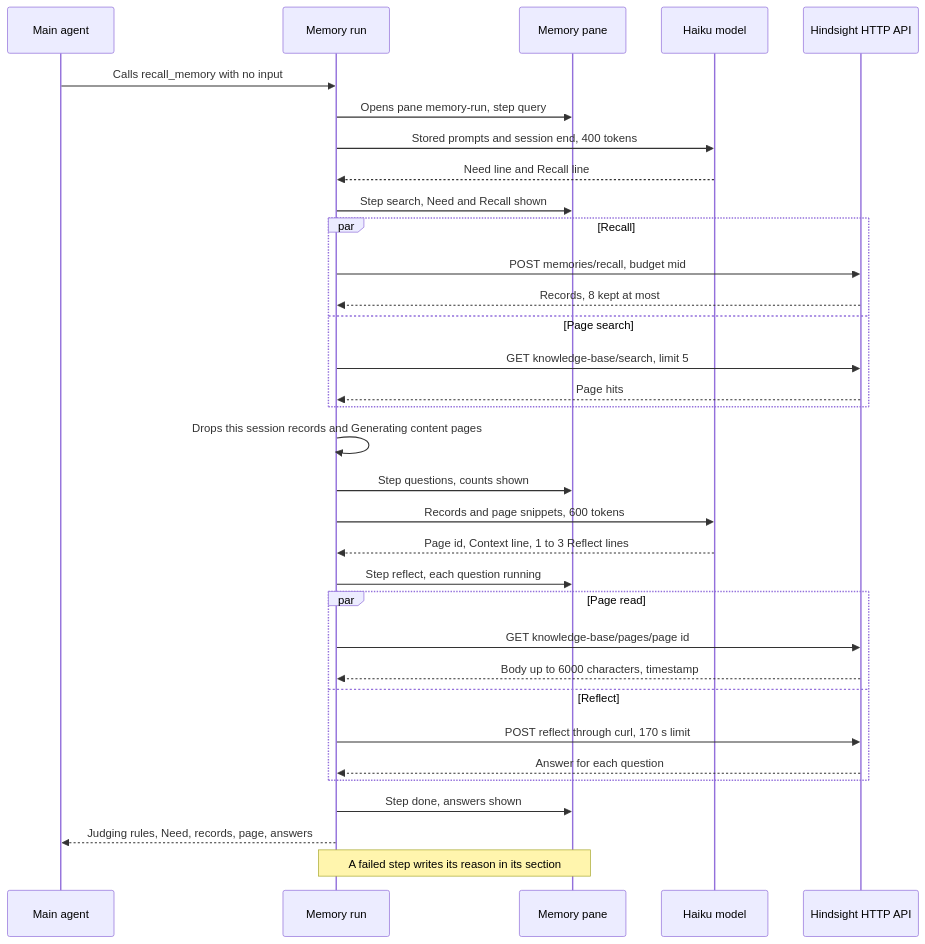
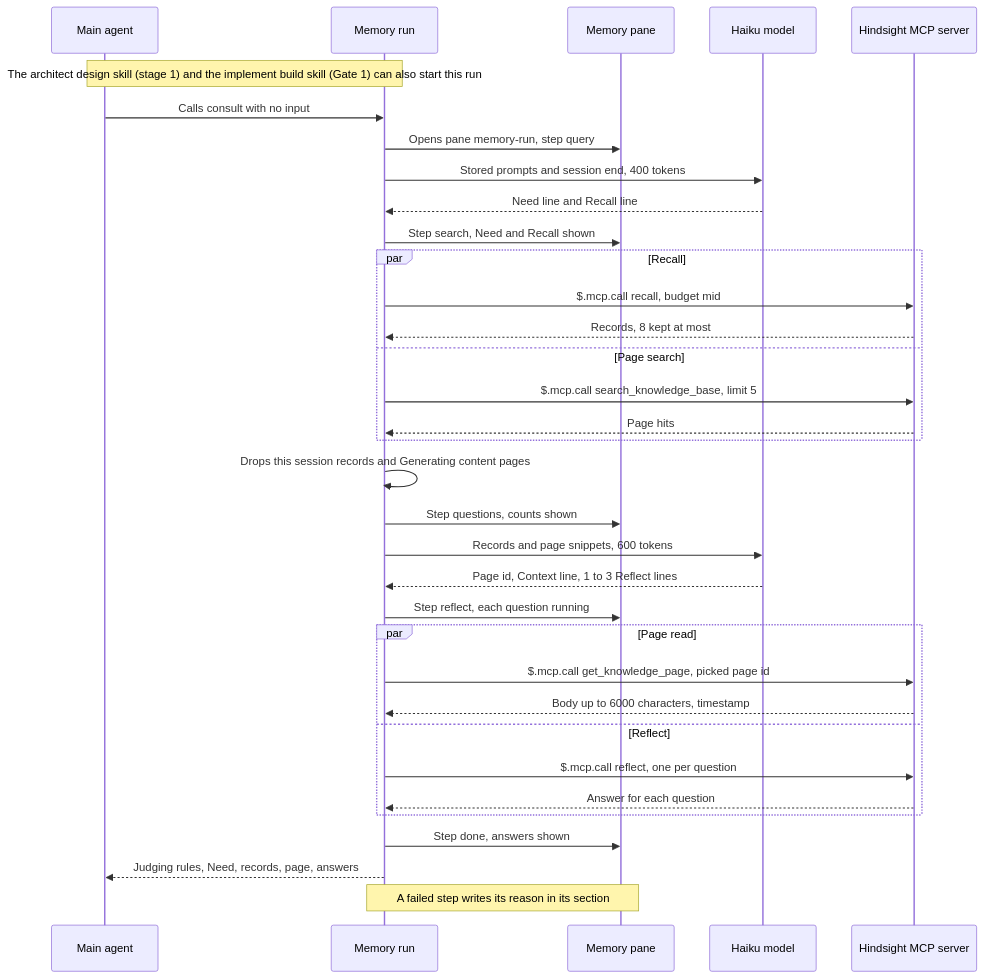
The diagram in docs/architecture/designs/cobuilder-memory/diagrams/level-2.mmd (bjornslib/cobuilder-plugin), drawn with Mermaid before and after one commit. The commit also changed 20 other files, not shown here.

First line of the commit message:
Move cobuilder-memory to the Hindsight MCP tools and approve Gate 1

```diff
--- a/docs/architecture/designs/cobuilder-memory/diagrams/level-2.mmd
+++ b/docs/architecture/designs/cobuilder-memory/diagrams/level-2.mmd
@@ -1,41 +1,42 @@
-%% Sequence: one memory run, started by the main agent's recall_memory call.
+%% Sequence: one memory run, started by the consult tool call.
 %% Each step writes the run state atom, and the pane redraws it.
-%% Epic E1 only. The Haiku calls, the HTTP calls, and reflect follow contracts.md.
+%% Epic E1 only. The Haiku calls and the Hindsight calls follow contracts.md.
 sequenceDiagram
     participant Agent as Main agent
     participant Run as Memory run
     participant Pane as Memory pane
     participant Haiku as Haiku model
-    participant HS as Hindsight HTTP API
+    participant HS as Hindsight MCP server
 
-    Agent->>Run: Calls recall_memory with no input
+    Note over Agent,Run: The architect design skill (stage 1) and the implement build skill (Gate 1) can also start this run
+    Agent->>Run: Calls consult with no input
     Run->>Pane: Opens pane memory-run, step query
     Run->>Haiku: Stored prompts and session end, 400 tokens
     Haiku-->>Run: Need line and Recall line
     Run->>Pane: Step search, Need and Recall shown
 
     par Recall
-        Run->>HS: POST memories/recall, budget mid
+        Run->>HS: $.mcp.call recall, budget mid
         HS-->>Run: Records, 8 kept at most
     and Page search
-        Run->>HS: GET knowledge-base/search, limit 5
+        Run->>HS: $.mcp.call search_knowledge_base, limit 5
         HS-->>Run: Page hits
     end
 
     Run->>Run: Drops this session records and Generating content pages
     Run->>Pane: Step questions, counts shown
     Run->>Haiku: Records and page snippets, 600 tokens
     Haiku-->>Run: Page id, Context line, 1 to 3 Reflect lines
     Run->>Pane: Step reflect, each question running
 
     par Page read
-        Run->>HS: GET knowledge-base/pages/page id
+        Run->>HS: $.mcp.call get_knowledge_page, picked page id
         HS-->>Run: Body up to 6000 characters, timestamp
     and Reflect
-        Run->>HS: POST reflect through curl, 170 s limit
+        Run->>HS: $.mcp.call reflect, one per question
         HS-->>Run: Answer for each question
     end
 
     Run->>Pane: Step done, answers shown
     Run-->>Agent: Judging rules, Need, records, page, answers
     Note over Run,Pane: A failed step writes its reason in its section
```
